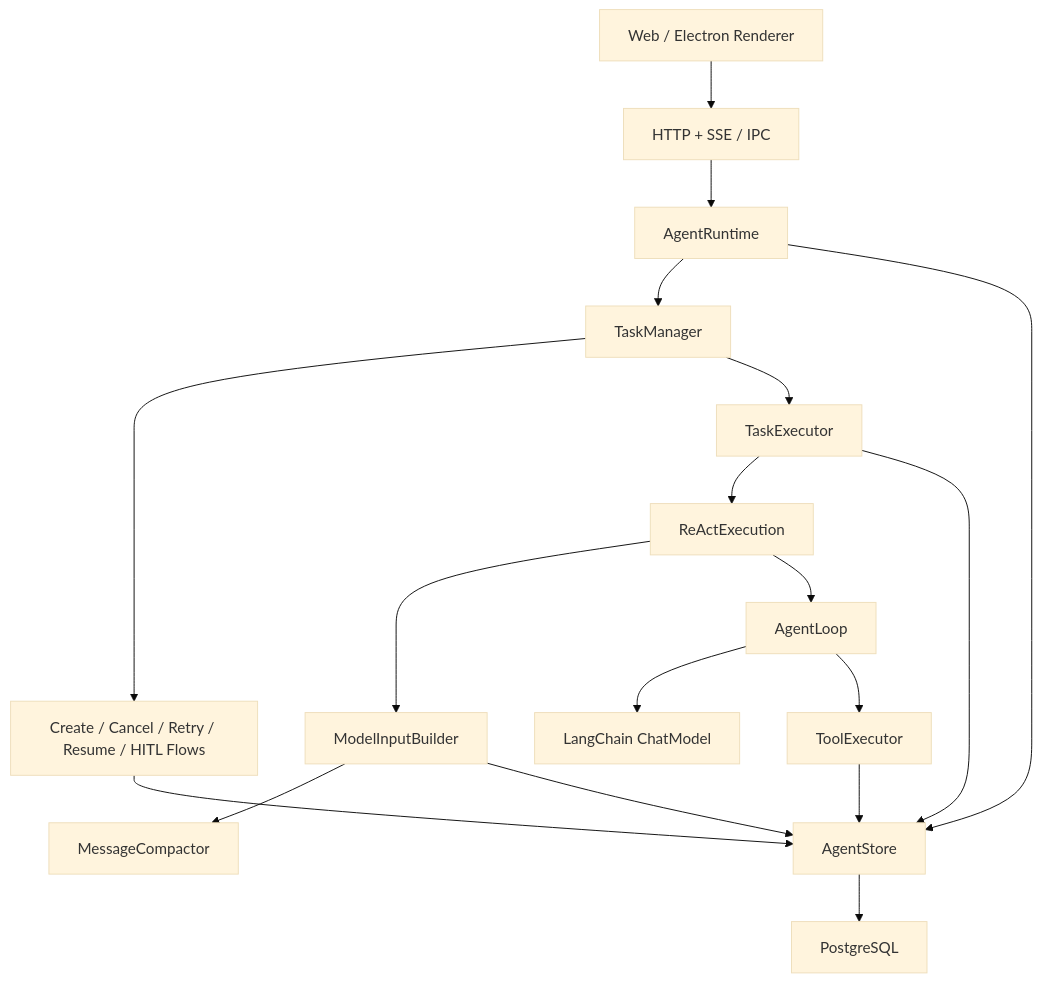
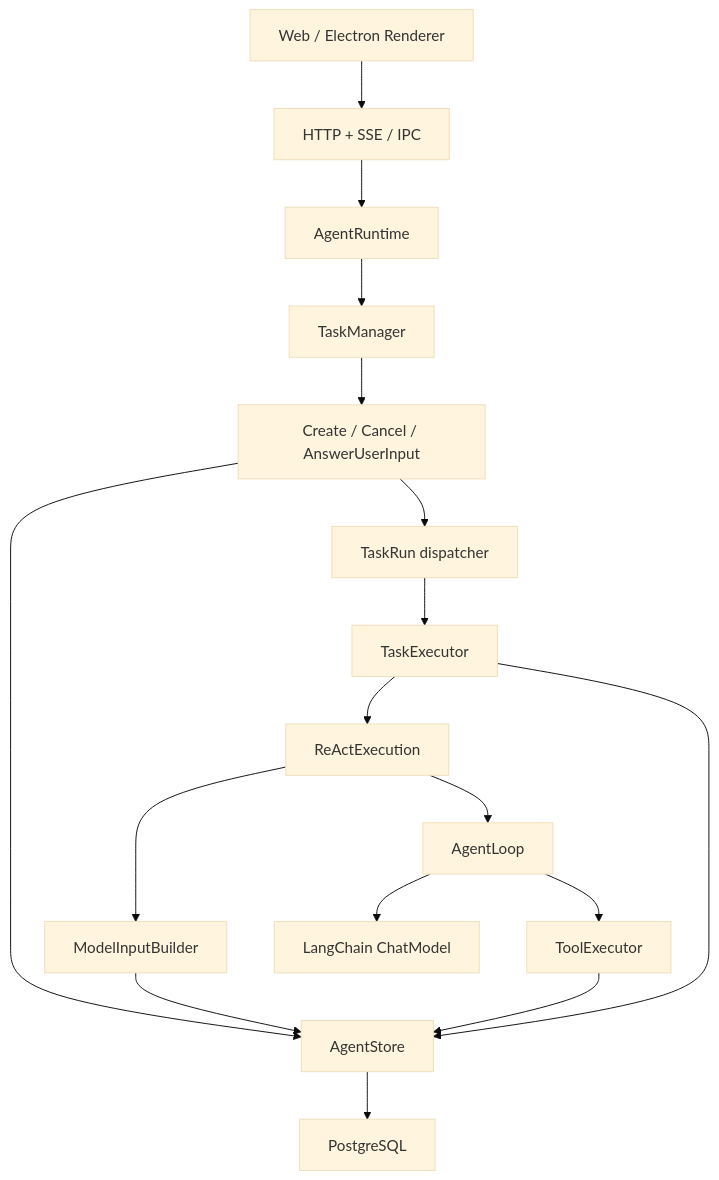
Before and after one commit to lucyonegit/agent-runtime-v2: the diagram in docs/00-core-model-and-architecture.md, drawn with Mermaid (base theme). The commit also changed other lines of this file and 37 other files, not shown here.

````diff
--- a/docs/00-core-model-and-architecture.md
+++ b/docs/00-core-model-and-architecture.md
@@ -19,20 +28,19 @@
 ```mermaid
 flowchart TD
     UI["Web / Electron Renderer"] --> TRANSPORT["HTTP + SSE / IPC"]
     TRANSPORT --> RUNTIME["AgentRuntime"]
     RUNTIME --> MANAGER["TaskManager"]
-    MANAGER --> FLOWS["Create / Cancel / Retry / Resume / HITL Flows"]
-    MANAGER --> EXECUTOR["TaskExecutor"]
+    MANAGER --> FLOWS["Create / Cancel / AnswerUserInput"]
+    FLOWS --> STORE["AgentStore"]
+    FLOWS --> DISPATCH["TaskRun dispatcher"]
+    DISPATCH --> EXECUTOR["TaskExecutor"]
     EXECUTOR --> REACT["ReActExecution"]
-    REACT --> INPUT["ModelInputBuilder"]
-    INPUT --> COMPACTOR["MessageCompactor"]
+    REACT --> CONTEXT["ModelInputBuilder"]
     REACT --> LOOP["AgentLoop"]
     LOOP --> MODEL["LangChain ChatModel"]
     LOOP --> TOOLS["ToolExecutor"]
-    RUNTIME --> STORE["AgentStore"]
-    FLOWS --> STORE
+    CONTEXT --> STORE
     EXECUTOR --> STORE
-    INPUT --> STORE
     TOOLS --> STORE
     STORE --> POSTGRES["PostgreSQL"]
 ```
````
